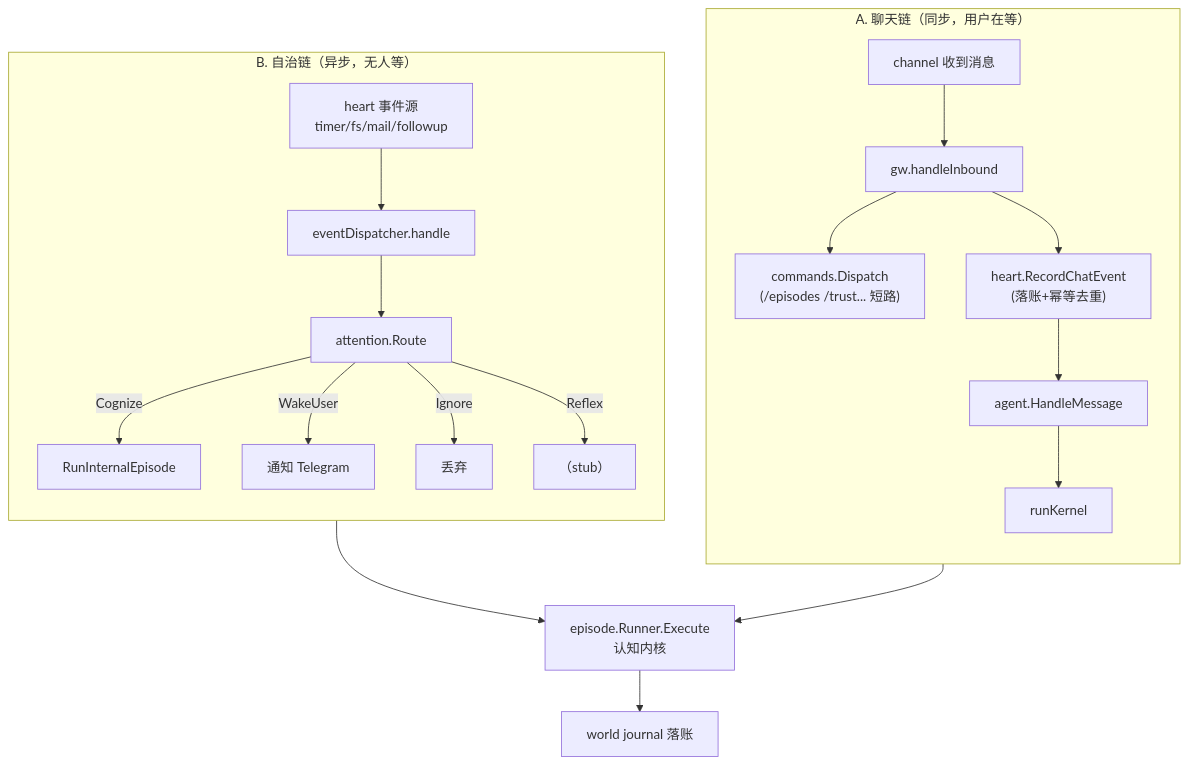
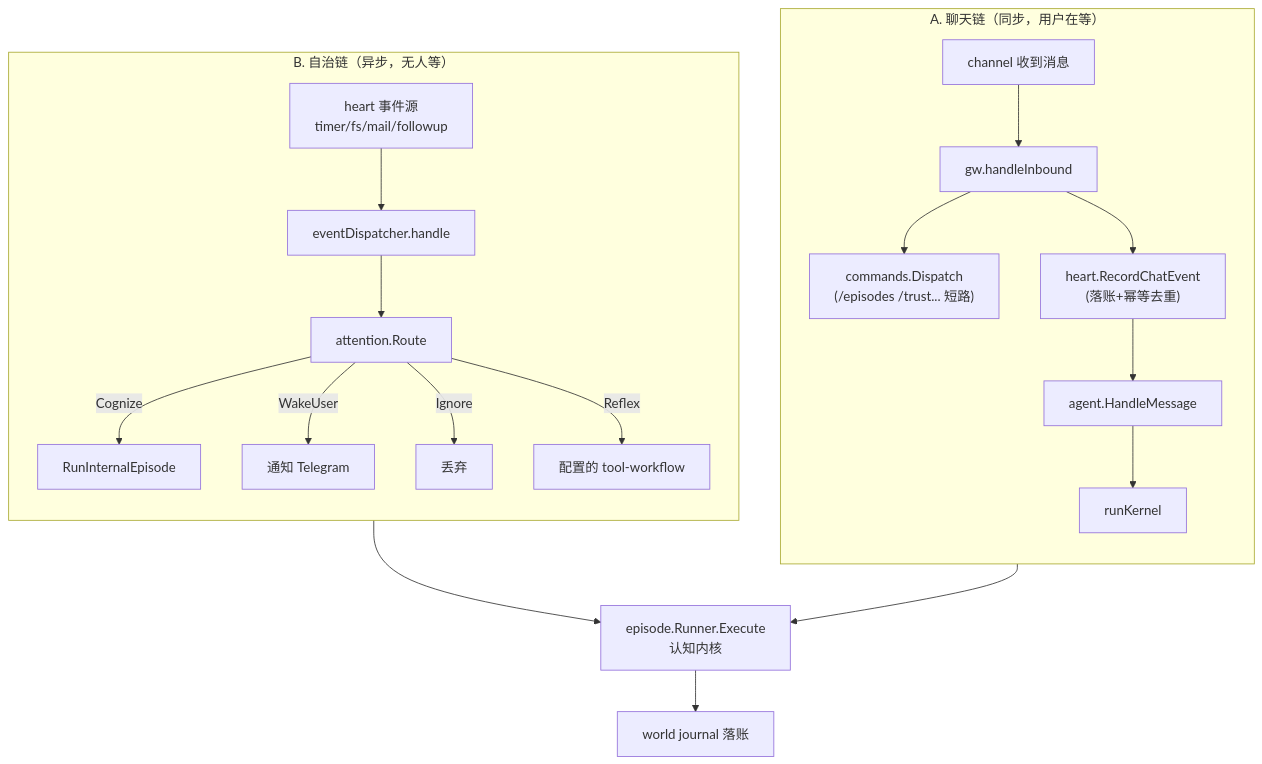
The third of 5 diagrams in docs/ARCHITECTURE_GUIDE.md (Forest-Isle/daimon), drawn with Mermaid before and after one commit. The commit also changed other lines of this file and 28 other files, not shown here.

````diff
--- a/docs/ARCHITECTURE_GUIDE.md
+++ b/docs/ARCHITECTURE_GUIDE.md
@@ -203,23 +204,23 @@
 ```mermaid
 flowchart TB
     subgraph A["A. 聊天链（同步，用户在等）"]
       direction TB
       A1["channel 收到消息"] --> A2["gw.handleInbound"]
       A2 --> A3["commands.Dispatch<br/>(/episodes /trust... 短路)"]
       A2 --> A4["heart.RecordChatEvent<br/>(落账+幂等去重)"]
       A4 --> A5["agent.HandleMessage"]
       A5 --> A6["runKernel"]
     end
     subgraph B["B. 自治链（异步，无人等）"]
       direction TB
       B1["heart 事件源<br/>timer/fs/mail/followup"] --> B2["eventDispatcher.handle"]
       B2 --> B3["attention.Route"]
       B3 -->|Cognize| B4["RunInternalEpisode"]
       B3 -->|WakeUser| B5["通知 Telegram"]
       B3 -->|Ignore| B6["丢弃"]
-      B3 -->|Reflex| B7["（stub）"]
+      B3 -->|Reflex| B7["配置的 tool-workflow"]
     end
     A6 --> K["episode.Runner.Execute<br/>认知内核"]
     B4 --> K
     K --> W["world journal 落账"]
 ```
````
